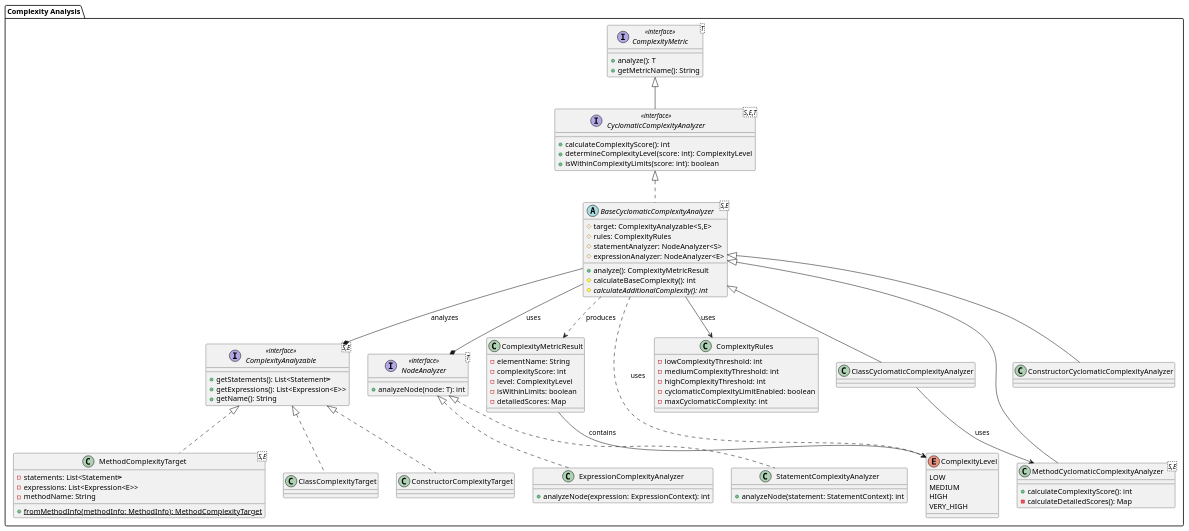
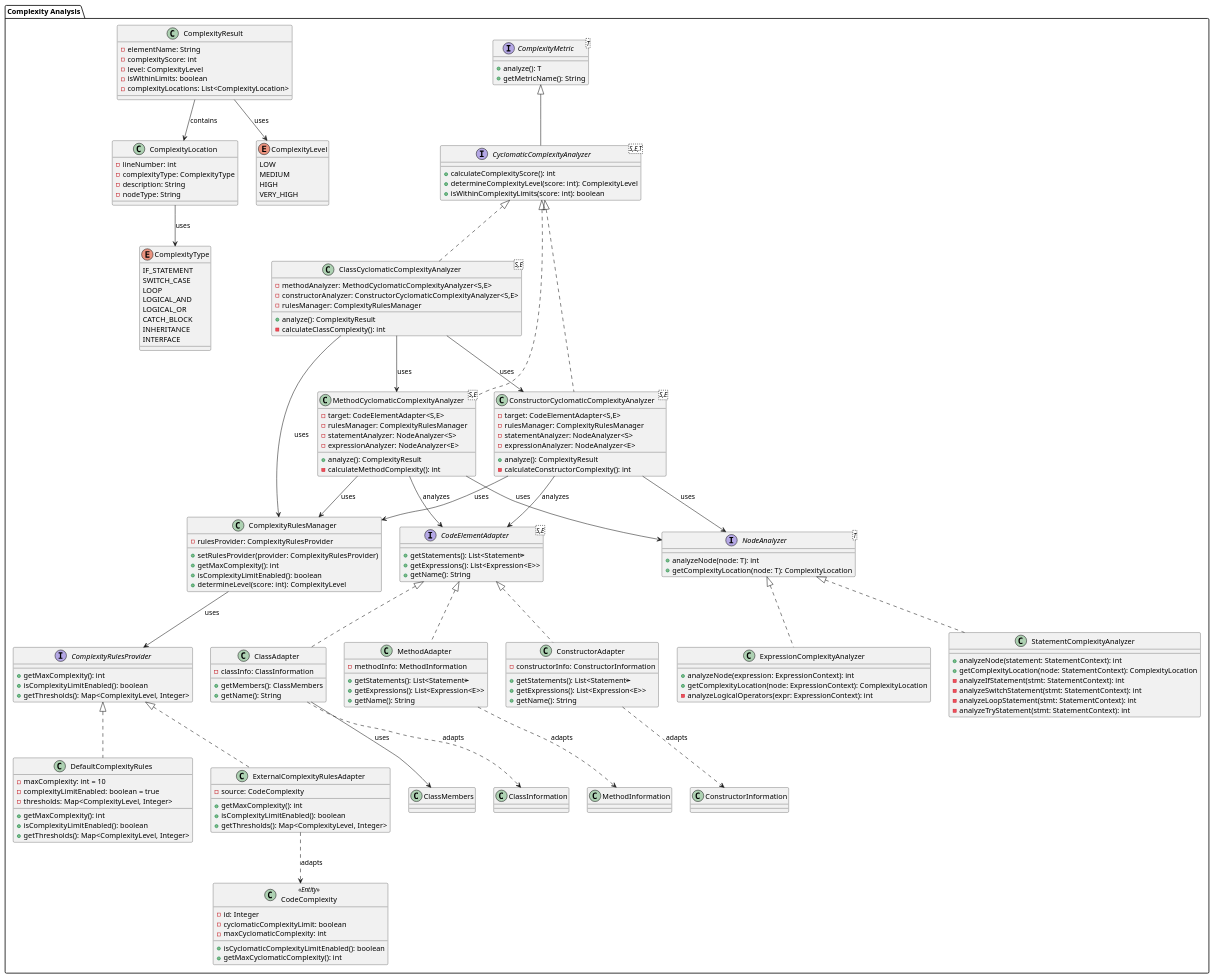
Before and after one commit to SoftDevSix/system-design: the diagram in complexity-analysis-uml/complexity-analysis-uml.puml, drawn with PlantUML.

Commit message:
chore: uml design for complexity analysis v2 implemented

```diff
--- a/complexity-analysis-uml/complexity-analysis-uml.puml
+++ b/complexity-analysis-uml/complexity-analysis-uml.puml
@@ -1,106 +1,215 @@
 @startuml "Extended Complexity Analysis Design"
 package "Complexity Analysis" {
-    ' Core Interfaces
-    interface ComplexityMetric<T> <<interface>> {
-        +analyze(): T
-        +getMetricName(): String
-    }
+  ' Core Interfaces
+  interface ComplexityMetric<T> {
+    +analyze(): T
+    +getMetricName(): String
+  }
 
-    interface ComplexityAnalyzable<S,E> <<interface>> {
-        +getStatements(): List<Statement<S>>
-        +getExpressions(): List<Expression<E>>
-        +getName(): String
-    }
+  interface CodeElementAdapter<S,E> {
+    +getStatements(): List<Statement<S>>
+    +getExpressions(): List<Expression<E>>
+    +getName(): String
+  }
 
-    interface CyclomaticComplexityAnalyzer<S,E,T> <<interface>> {
-        +calculateComplexityScore(): int
-        +determineComplexityLevel(score: int): ComplexityLevel
-        +isWithinComplexityLimits(score: int): boolean
-    }
+  interface CyclomaticComplexityAnalyzer<S,E,T> {
+    +calculateComplexityScore(): int
+    +determineComplexityLevel(score: int): ComplexityLevel
+    +isWithinComplexityLimits(score: int): boolean
+  }
 
-    interface NodeAnalyzer<T> <<interface>> {
-        +analyzeNode(node: T): int
-    }
+  interface NodeAnalyzer<T> {
+    +analyzeNode(node: T): int
+    +getComplexityLocation(node: T): ComplexityLocation
+  }
 
-    ' Base Analyzer Implementation
-    abstract class BaseCyclomaticComplexityAnalyzer<S,E> {
-        #target: ComplexityAnalyzable<S,E>
-        #rules: ComplexityRules
-        #statementAnalyzer: NodeAnalyzer<S>
-        #expressionAnalyzer: NodeAnalyzer<E>
-        +analyze(): ComplexityMetricResult
-        #calculateBaseComplexity(): int
-        #{abstract} calculateAdditionalComplexity(): int
-    }
+  ' Rules Management
+  interface ComplexityRulesProvider {
+    +getMaxComplexity(): int
+    +isComplexityLimitEnabled(): boolean
+    +getThresholds(): Map<ComplexityLevel, Integer>
+  }
 
-    ' Method Implementation
-    class MethodCyclomaticComplexityAnalyzer<S,E> {
-        +calculateComplexityScore(): int
-        -calculateDetailedScores(): Map
-    }
+  class DefaultComplexityRules {
+    -maxComplexity: int = 10
+    -complexityLimitEnabled: boolean = true
+    -thresholds: Map<ComplexityLevel, Integer>
+    
+    +getMaxComplexity(): int
+    +isComplexityLimitEnabled(): boolean
+    +getThresholds(): Map<ComplexityLevel, Integer>
+  }
 
-    ' Analyzers
-    class StatementComplexityAnalyzer {
-        +analyzeNode(statement: StatementContext): int
-    }
+  class ExternalComplexityRulesAdapter {
+    -source: CodeComplexity
+    +getMaxComplexity(): int
+    +isComplexityLimitEnabled(): boolean
+    +getThresholds(): Map<ComplexityLevel, Integer>
+  }
 
-    class ExpressionComplexityAnalyzer {
-        +analyzeNode(expression: ExpressionContext): int
-    }
+  class ComplexityRulesManager {
+    -rulesProvider: ComplexityRulesProvider
+    
+    +setRulesProvider(provider: ComplexityRulesProvider)
+    +getMaxComplexity(): int
+    +isComplexityLimitEnabled(): boolean
+    +determineLevel(score: int): ComplexityLevel
+  }
 
-    ' Complexity Targets
-    class MethodComplexityTarget<S,E> {
-        -statements: List<Statement<S>>
-        -expressions: List<Expression<E>>
-        -methodName: String
-        +{static} fromMethodInfo(methodInfo: MethodInfo): MethodComplexityTarget
-    }
+  ' Domain Entity (External)
+  class CodeComplexity <<Entity>> {
+    -id: Integer
+    -cyclomaticComplexityLimit: boolean
+    -maxCyclomaticComplexity: int
+    +isCyclomaticComplexityLimitEnabled(): boolean
+    +getMaxCyclomaticComplexity(): int
+  }
 
-    ' Value Objects
-    class ComplexityMetricResult {
-        -elementName: String
-        -complexityScore: int
-        -level: ComplexityLevel
-        -isWithinLimits: boolean
-        -detailedScores: Map
-    }
+  ' Implementations
+  class MethodCyclomaticComplexityAnalyzer<S,E> {
+    -target: CodeElementAdapter<S,E>
+    -rulesManager: ComplexityRulesManager
+    -statementAnalyzer: NodeAnalyzer<S>
+    -expressionAnalyzer: NodeAnalyzer<E>
+    +analyze(): ComplexityResult
+    -calculateMethodComplexity(): int
+  }
 
-    class ComplexityRules {
-        -lowComplexityThreshold: int
-        -mediumComplexityThreshold: int
-        -highComplexityThreshold: int
-        -cyclomaticComplexityLimitEnabled: boolean
-        -maxCyclomaticComplexity: int
-    }
+  class ConstructorCyclomaticComplexityAnalyzer<S,E> {
+    -target: CodeElementAdapter<S,E>
+    -rulesManager: ComplexityRulesManager
+    -statementAnalyzer: NodeAnalyzer<S>
+    -expressionAnalyzer: NodeAnalyzer<E>
+    +analyze(): ComplexityResult
+    -calculateConstructorComplexity(): int
+  }
 
-    enum ComplexityLevel {
-        LOW
-        MEDIUM
-        HIGH
-        VERY_HIGH
-    }
+  class ClassCyclomaticComplexityAnalyzer<S,E> {
+    -methodAnalyzer: MethodCyclomaticComplexityAnalyzer<S,E>
+    -constructorAnalyzer: ConstructorCyclomaticComplexityAnalyzer<S,E>
+    -rulesManager: ComplexityRulesManager
+    +analyze(): ComplexityResult
+    -calculateClassComplexity(): int
+  }
 
-    ' Relationships
-    ComplexityMetric <|-- CyclomaticComplexityAnalyzer
-    CyclomaticComplexityAnalyzer <|.. BaseCyclomaticComplexityAnalyzer
-    BaseCyclomaticComplexityAnalyzer <|-- MethodCyclomaticComplexityAnalyzer
-    BaseCyclomaticComplexityAnalyzer <|-- ClassCyclomaticComplexityAnalyzer
-    BaseCyclomaticComplexityAnalyzer <|-- ConstructorCyclomaticComplexityAnalyzer
-    
-    NodeAnalyzer <|.. StatementComplexityAnalyzer
-    NodeAnalyzer <|.. ExpressionComplexityAnalyzer
-    ComplexityAnalyzable <|.. MethodComplexityTarget
-    ComplexityAnalyzable <|.. ClassComplexityTarget
-    ComplexityAnalyzable <|.. ConstructorComplexityTarget
+  ' Adapters
+  class MethodAdapter {
+    -methodInfo: MethodInformation
+    +getStatements(): List<Statement<S>>
+    +getExpressions(): List<Expression<E>>
+    +getName(): String
+  }
 
-    ClassCyclomaticComplexityAnalyzer --> MethodCyclomaticComplexityAnalyzer : uses
+  class ConstructorAdapter {
+    -constructorInfo: ConstructorInformation
+    +getStatements(): List<Statement<S>>
+    +getExpressions(): List<Expression<E>>
+    +getName(): String
+  }
 
-    BaseCyclomaticComplexityAnalyzer --> ComplexityRules : uses
-    BaseCyclomaticComplexityAnalyzer --* ComplexityAnalyzable : analyzes
-    BaseCyclomaticComplexityAnalyzer --* NodeAnalyzer : uses
-    BaseCyclomaticComplexityAnalyzer ..> ComplexityMetricResult : produces
-    BaseCyclomaticComplexityAnalyzer ..> ComplexityLevel : uses
+  class ClassAdapter {
+    -classInfo: ClassInformation
+    +getMembers(): ClassMembers
+    +getName(): String
+  }
 
-    ComplexityMetricResult --> ComplexityLevel : contains
+  ' Analyzers
+  class StatementComplexityAnalyzer {
+    +analyzeNode(statement: StatementContext): int
+    +getComplexityLocation(node: StatementContext): ComplexityLocation
+    -analyzeIfStatement(stmt: StatementContext): int
+    -analyzeSwitchStatement(stmt: StatementContext): int
+    -analyzeLoopStatement(stmt: StatementContext): int
+    -analyzeTryStatement(stmt: StatementContext): int
+  }
+
+  class ExpressionComplexityAnalyzer {
+    +analyzeNode(expression: ExpressionContext): int
+    +getComplexityLocation(node: ExpressionContext): ComplexityLocation
+    -analyzeLogicalOperators(expr: ExpressionContext): int
+  }
+
+  ' Value Objects
+  class ComplexityResult {
+    -elementName: String
+    -complexityScore: int
+    -level: ComplexityLevel
+    -isWithinLimits: boolean
+    -complexityLocations: List<ComplexityLocation>
+  }
+
+  class ComplexityLocation {
+    -lineNumber: int
+    -complexityType: ComplexityType
+    -description: String
+    -nodeType: String
+  }
+
+  enum ComplexityLevel {
+    LOW
+    MEDIUM
+    HIGH
+    VERY_HIGH
+  }
+
+  enum ComplexityType {
+    IF_STATEMENT
+    SWITCH_CASE
+    LOOP
+    LOGICAL_AND
+    LOGICAL_OR
+    CATCH_BLOCK
+    INHERITANCE
+    INTERFACE
+  }
+
+  ' External Models
+  class MethodInformation
+  class ConstructorInformation
+  class ClassInformation
+  class ClassMembers
+
+  ' Relationships
+  ComplexityMetric <|-- CyclomaticComplexityAnalyzer
+  CyclomaticComplexityAnalyzer <|.. MethodCyclomaticComplexityAnalyzer
+  CyclomaticComplexityAnalyzer <|.. ConstructorCyclomaticComplexityAnalyzer
+  CyclomaticComplexityAnalyzer <|.. ClassCyclomaticComplexityAnalyzer
+
+  NodeAnalyzer <|.. StatementComplexityAnalyzer
+  NodeAnalyzer <|.. ExpressionComplexityAnalyzer
+
+  CodeElementAdapter <|.. MethodAdapter
+  CodeElementAdapter <|.. ConstructorAdapter
+  CodeElementAdapter <|.. ClassAdapter
+
+  ' Rules Relationships
+  ComplexityRulesProvider <|.. DefaultComplexityRules
+  ComplexityRulesProvider <|.. ExternalComplexityRulesAdapter
+  ComplexityRulesManager --> ComplexityRulesProvider : uses
+  ExternalComplexityRulesAdapter ..> CodeComplexity : adapts
+
+  ' Analyzer Dependencies
+  MethodCyclomaticComplexityAnalyzer --> ComplexityRulesManager : uses
+  MethodCyclomaticComplexityAnalyzer --> NodeAnalyzer : uses
+  MethodCyclomaticComplexityAnalyzer --> CodeElementAdapter : analyzes
+
+  ConstructorCyclomaticComplexityAnalyzer --> ComplexityRulesManager : uses
+  ConstructorCyclomaticComplexityAnalyzer --> NodeAnalyzer : uses
+  ConstructorCyclomaticComplexityAnalyzer --> CodeElementAdapter : analyzes
+
+  ClassCyclomaticComplexityAnalyzer --> ComplexityRulesManager : uses
+  ClassCyclomaticComplexityAnalyzer --> MethodCyclomaticComplexityAnalyzer : uses
+  ClassCyclomaticComplexityAnalyzer --> ConstructorCyclomaticComplexityAnalyzer : uses
+
+  ' Result Relationships
+  ComplexityResult --> ComplexityLevel : uses
+  ComplexityResult --> ComplexityLocation : contains
+  ComplexityLocation --> ComplexityType : uses
+
+  ' Adapter Relationships
+  MethodAdapter ..> MethodInformation : adapts
+  ConstructorAdapter ..> ConstructorInformation : adapts
+  ClassAdapter ..> ClassInformation : adapts
+  ClassAdapter --> ClassMembers : uses
 }
 @enduml
```
